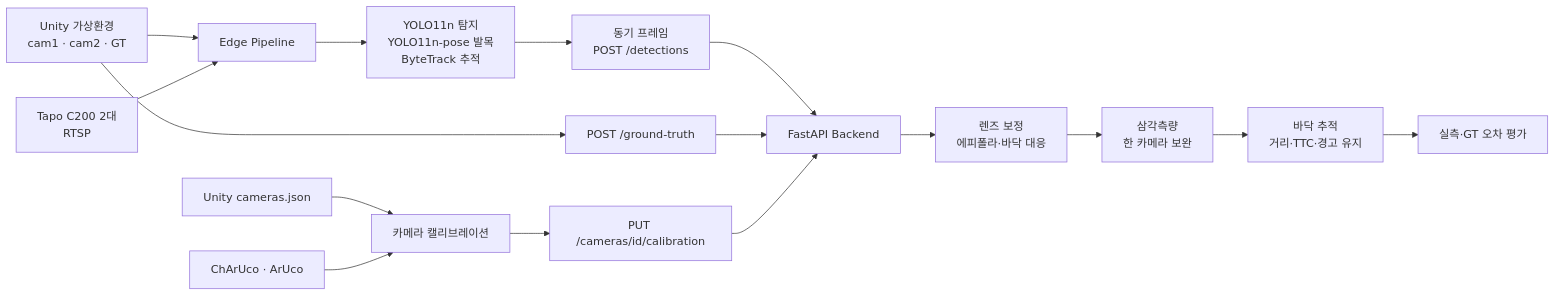
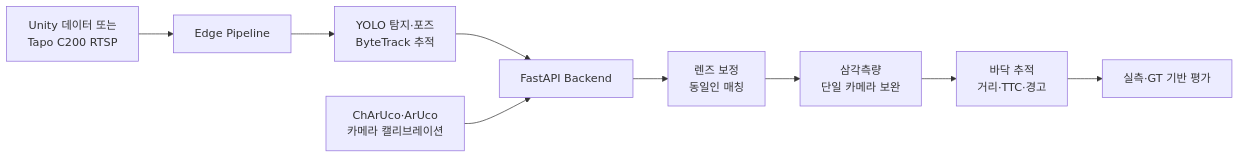
The diagram in README.md (geunchanKim/Comprehensive-Design-Project2-CCTV-Safety), drawn with Mermaid before and after one commit. The commit also changed other lines of this file, not shown here.

````diff
--- a/README.md
+++ b/README.md
@@ -42,18 +56,11 @@
 ```mermaid
 flowchart LR
-    U[Unity 가상환경<br/>cam1 · cam2 · GT] --> E[Edge Pipeline]
-    C[Tapo C200 2대<br/>RTSP] --> E
-    E --> Y[YOLO11n 탐지<br/>YOLO11n-pose 발목<br/>ByteTrack 추적]
-    Y --> D[동기 프레임<br/>POST /detections]
-    U --> G[POST /ground-truth]
-    UC[Unity cameras.json] --> CAL[카메라 캘리브레이션]
-    RC[ChArUco · ArUco] --> CAL
-    CAL --> P[PUT /cameras/id/calibration]
-    D --> B[FastAPI Backend]
-    G --> B
-    P --> B
-    B --> M[렌즈 보정<br/>에피폴라·바닥 대응]
-    M --> T[삼각측량<br/>한 카메라 보완]
-    T --> S[바닥 추적<br/>거리·TTC·경고 유지]
-    S --> V[실측·GT 오차 평가]
+    INPUT[Unity 데이터 또는<br/>Tapo C200 RTSP] --> EDGE[Edge Pipeline]
+    EDGE --> AI[YOLO 탐지·포즈<br/>ByteTrack 추적]
+    AI --> API[FastAPI Backend]
+    CAL[ChArUco·ArUco<br/>카메라 캘리브레이션] --> API
+    API --> MATCH[렌즈 보정<br/>동일인 매칭]
+    MATCH --> POS[삼각측량<br/>단일 카메라 보완]
+    POS --> SAFE[바닥 추적<br/>거리·TTC·경고]
+    SAFE --> EVAL[실측·GT 기반 평가]
 ```
````
